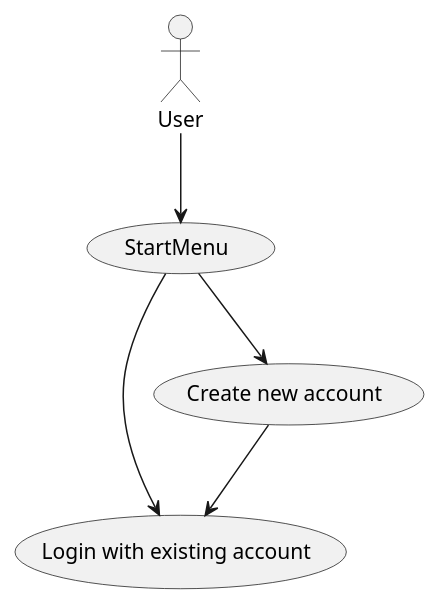
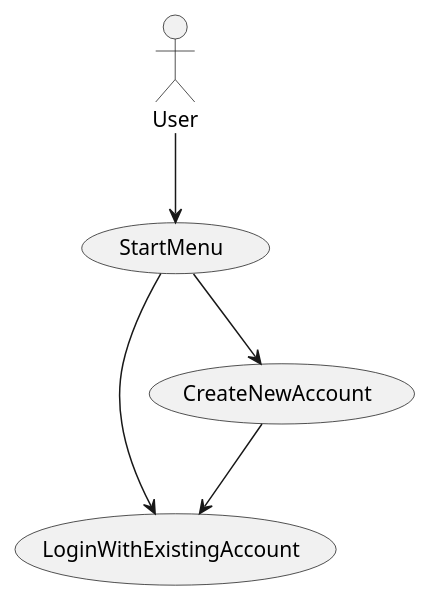
Before and after one commit to JonasChristoffersen/SP3: the diagram in doc/dynamic/UC1_Login.puml, drawn with PlantUML. The commit also changed 7 other files, not shown here.

Commit message:
Updated Multiple diagrams

```diff
--- a/doc/dynamic/UC1_Login.puml
+++ b/doc/dynamic/UC1_Login.puml
@@ -1,10 +1,10 @@
 @startuml
 'https://plantuml.com/use-case-diagram
 
 User --> (StartMenu)
-(StartMenu) --> (Login with existing account)
-(StartMenu) --> (Create new account)
+(StartMenu) --> (LoginWithExistingAccount)
+(StartMenu) --> (CreateNewAccount)
 
-(Create new account) --> (Login with existing account)
+(CreateNewAccount) --> (LoginWithExistingAccount)
 
 @enduml
```
